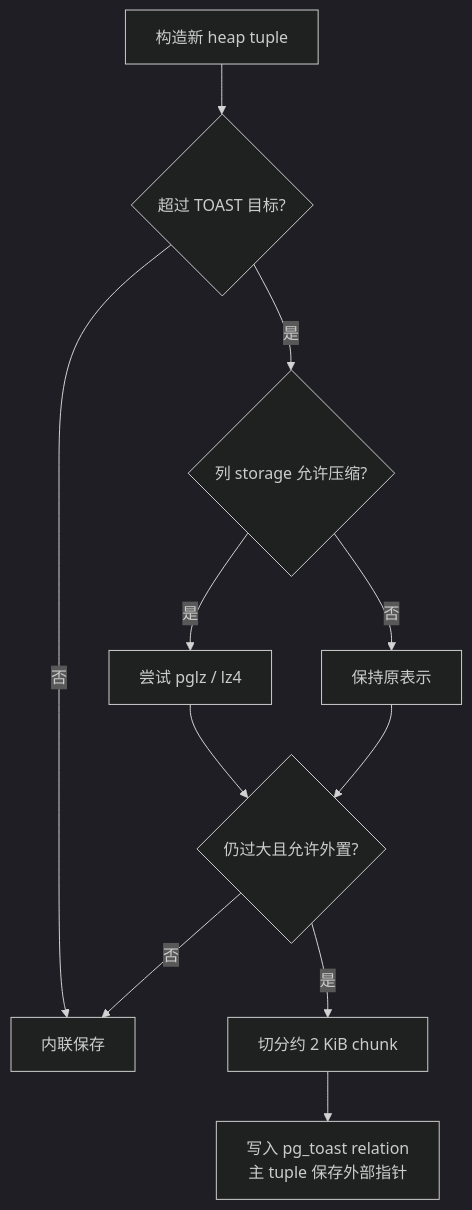
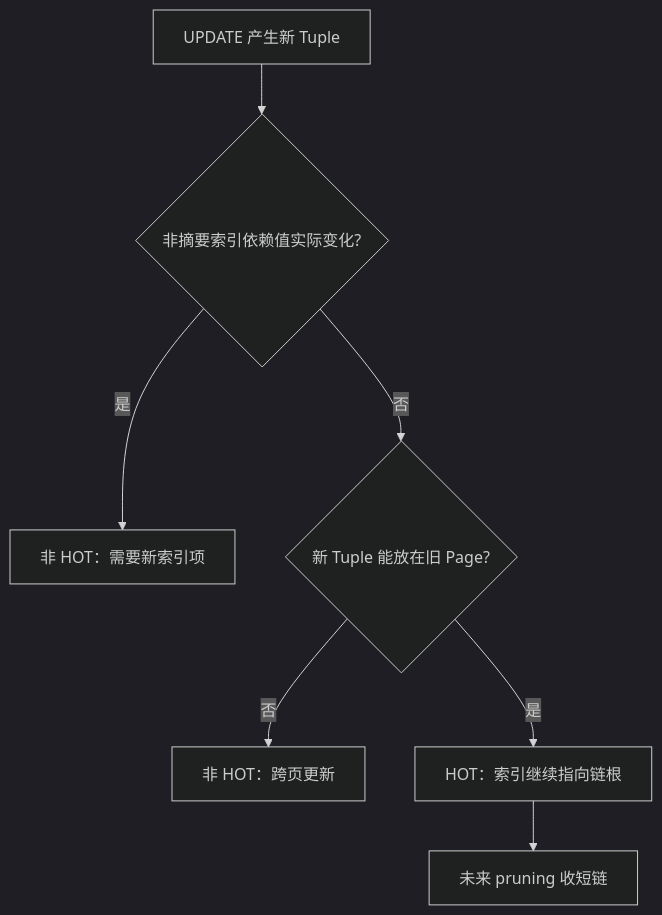
The diagram in src/content/blog/zh/tech/PostgreSQL/assets/03-postgresql-page-tuple-toast-buffer-hot/mermaid-04.mmd (LienJack/learn-agent), drawn with Mermaid (dark theme) before and after one commit. The commit also changed 65 other files, not shown here.

```diff
--- a/src/content/blog/zh/tech/PostgreSQL/assets/03-postgresql-page-tuple-toast-buffer-hot/mermaid-04.mmd
+++ b/src/content/blog/zh/tech/PostgreSQL/assets/03-postgresql-page-tuple-toast-buffer-hot/mermaid-04.mmd
@@ -1,11 +1,7 @@
 flowchart TD
-    A[构造新 heap tuple] --> B{超过 TOAST 目标?}
-    B -->|否| I[内联保存]
-    B -->|是| C{列 storage 允许压缩?}
-    C -->|是| D[尝试 pglz / lz4]
-    C -->|否| E[保持原表示]
-    D --> F{仍过大且允许外置?}
-    E --> F
-    F -->|否| I
-    F -->|是| G[切分约 2 KiB chunk]
-    G --> H[写入 pg_toast relation<br/>主 tuple 保存外部指针]
+    A[UPDATE 产生新 Tuple] --> B{非摘要索引依赖值实际变化?}
+    B -->|是| C[非 HOT：需要新索引项]
+    B -->|否| D{新 Tuple 能放在旧 Page?}
+    D -->|否| E[非 HOT：跨页更新]
+    D -->|是| F[HOT：索引继续指向链根]
+    F --> G[未来 pruning 收短链]
```
